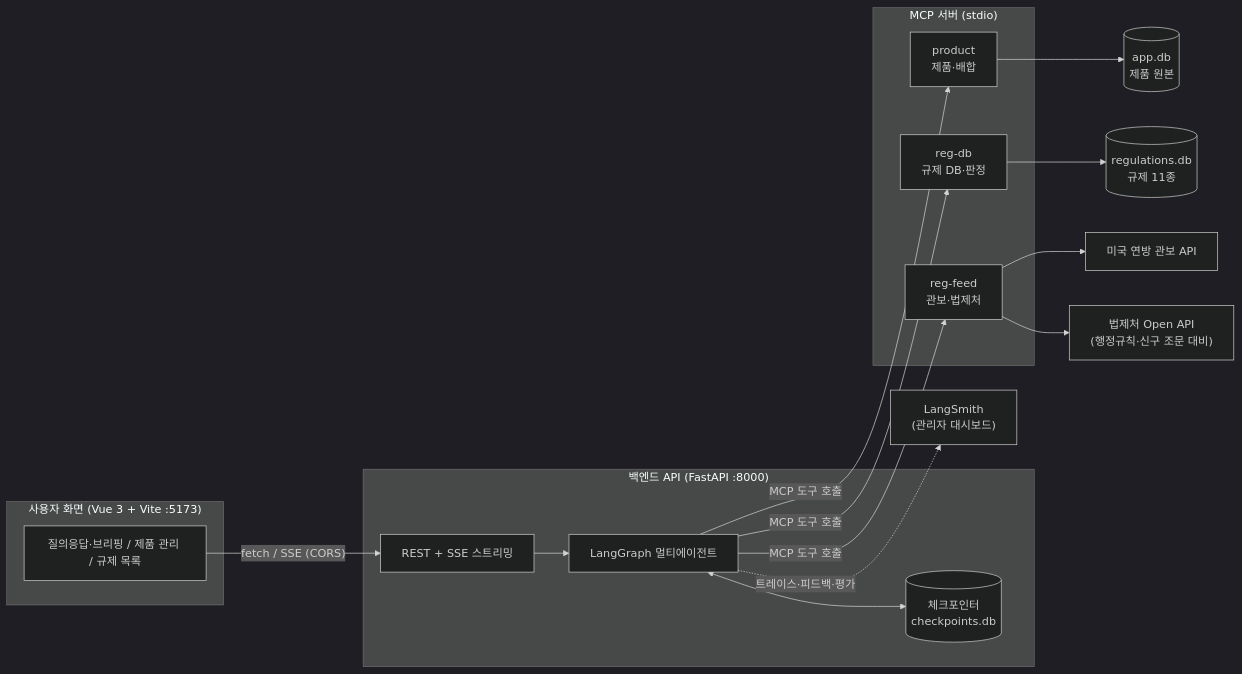
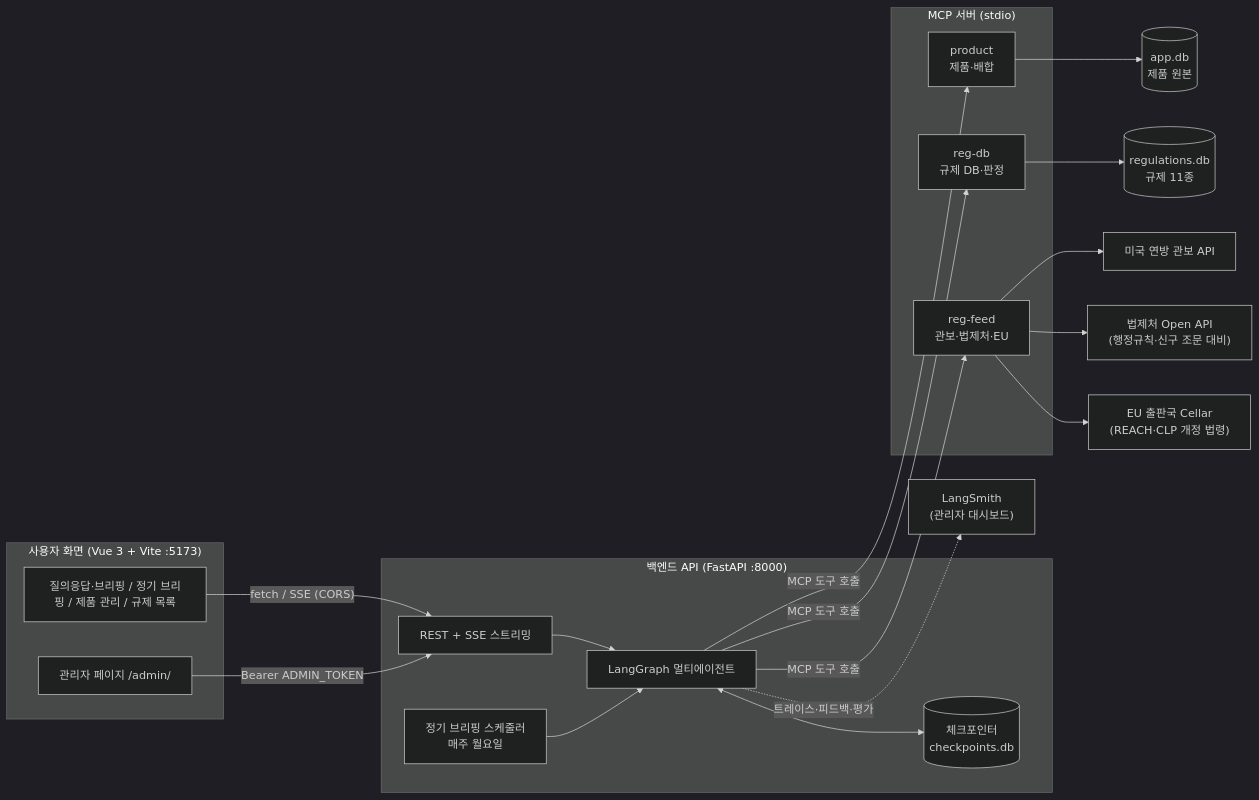
The first of 2 diagrams in README.md (ji0x0/skala-chem-reg), drawn with Mermaid (dark theme) before and after one commit. The commit also changed other lines of this file and 17 other files, not shown here.

````diff
--- a/README.md
+++ b/README.md
@@ -34,24 +34,29 @@
 ```mermaid
 flowchart LR
     subgraph FE["사용자 화면 (Vue 3 + Vite :5173)"]
-        UI["질의응답·브리핑 / 제품 관리 / 규제 목록"]
+        UI["질의응답·브리핑 / 정기 브리핑 / 제품 관리 / 규제 목록"]
+        ADM["관리자 페이지 /admin/"]
     end
     subgraph BE["백엔드 API (FastAPI :8000)"]
         API["REST + SSE 스트리밍"]
+        SCH["정기 브리핑 스케줄러<br/>매주 월요일"]
         G["LangGraph 멀티에이전트"]
         CK[("체크포인터<br/>checkpoints.db")]
     end
     subgraph MCP["MCP 서버 (stdio)"]
         P["product<br/>제품·배합"]
         R["reg-db<br/>규제 DB·판정"]
-        F["reg-feed<br/>관보·법제처"]
+        F["reg-feed<br/>관보·법제처·EU"]
     end
     UI -- "fetch / SSE (CORS)" --> API --> G
+    ADM -- "Bearer ADMIN_TOKEN" --> API
+    SCH --> G
     G <--> CK
     G -- "MCP 도구 호출" --> P & R & F
     P --> ADB[("app.db<br/>제품 원본")]
     R --> RDB[("regulations.db<br/>규제 11종")]
     F --> FR["미국 연방 관보 API"]
     F --> LAW["법제처 Open API<br/>(행정규칙·신구 조문 대비)"]
+    F --> EUC["EU 출판국 Cellar<br/>(REACH·CLP 개정 법령)"]
     G -. "트레이스·피드백·평가" .-> LS["LangSmith<br/>(관리자 대시보드)"]
 ```
````
